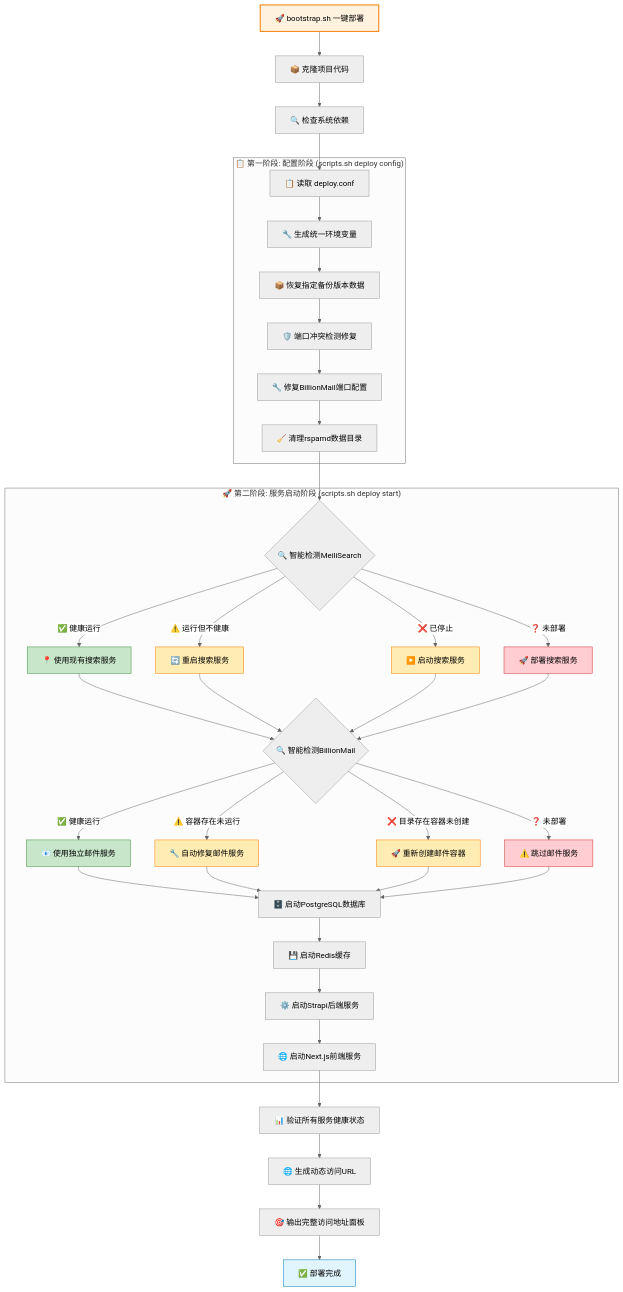
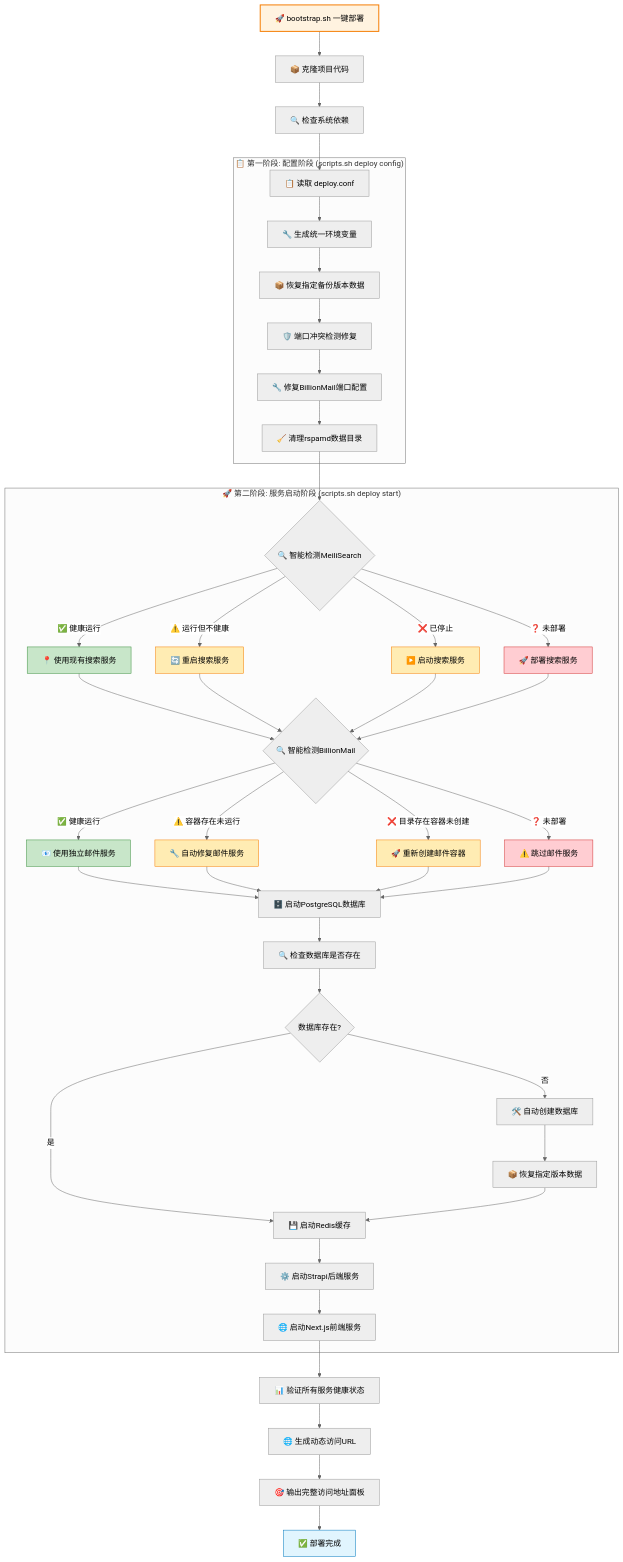
Before and after one commit to lyfe2025/aibianx: the third of 4 diagrams in README.md, drawn with Mermaid (neutral theme). The commit also changed other lines of this file and 318 other files, not shown here.

````diff
--- a/README.md
+++ b/README.md
@@ -765,63 +765,68 @@
 ```mermaid
 flowchart TD
     %% 一键部署入口
     A[🚀 bootstrap.sh 一键部署] --> A1[📦 克隆项目代码]
     A1 --> A2[🔍 检查系统依赖]
     A2 --> B
     
     %% 第一阶段：配置阶段
     subgraph "📋 第一阶段: 配置阶段 (scripts.sh deploy config)"
         B[📋 读取 deploy.conf] --> C[🔧 生成统一环境变量]
         C --> C1[📦 恢复指定备份版本数据]
         C1 --> C2[🛡️ 端口冲突检测修复]
         C2 --> C3[🔧 修复BillionMail端口配置]
         C3 --> C4[🧹 清理rspamd数据目录]
     end
     
     %% 第二阶段：服务启动阶段
     subgraph "🚀 第二阶段: 服务启动阶段 (scripts.sh deploy start)"
         C4 --> D{🔍 智能检测MeiliSearch}
         D -->|✅ 健康运行| E1[📍 使用现有搜索服务]
         D -->|⚠️ 运行但不健康| E2[🔄 重启搜索服务]
         D -->|❌ 已停止| E3[▶️ 启动搜索服务]
         D -->|❓ 未部署| E4[🚀 部署搜索服务]
         
         E1 --> F
         E2 --> F
         E3 --> F
         E4 --> F
         
         F{🔍 智能检测BillionMail} 
         F -->|✅ 健康运行| G1[📧 使用独立邮件服务]
         F -->|⚠️ 容器存在未运行| G2[🔧 自动修复邮件服务]
         F -->|❌ 目录存在容器未创建| G3[🚀 重新创建邮件容器]
         F -->|❓ 未部署| G4[⚠️ 跳过邮件服务]
         
         G1 --> H
         G2 --> H
         G3 --> H
         G4 --> H
         
-        H[🗄️ 启动PostgreSQL数据库] --> I[💾 启动Redis缓存]
+        H[🗄️ 启动PostgreSQL数据库] --> H1[🔍 检查数据库是否存在]
+        H1 --> H2{数据库存在?}
+        H2 -->|否| H3[🛠️ 自动创建数据库]
+        H2 -->|是| I[💾 启动Redis缓存]
+        H3 --> H4[📦 恢复指定版本数据]
+        H4 --> I
         I --> J[⚙️ 启动Strapi后端服务]
         J --> K[🌐 启动Next.js前端服务]
     end
     
     %% 验证和输出阶段
     K --> L[📊 验证所有服务健康状态]
     L --> M[🌐 生成动态访问URL]
     M --> N[🎯 输出完整访问地址面板]
     N --> O[✅ 部署完成]
     
     %% 样式定义
     style A fill:#fff3e0,stroke:#f57c00,stroke-width:2px
     style E1 fill:#c8e6c9,stroke:#388e3c
     style E2 fill:#ffecb3,stroke:#f57c00
     style E3 fill:#ffecb3,stroke:#f57c00
     style E4 fill:#ffcdd2,stroke:#d32f2f
     style G1 fill:#c8e6c9,stroke:#388e3c
     style G2 fill:#ffecb3,stroke:#f57c00
     style G3 fill:#ffecb3,stroke:#f57c00
     style G4 fill:#ffcdd2,stroke:#d32f2f
     style O fill:#e1f5fe,stroke:#0277bd
 ```
````
